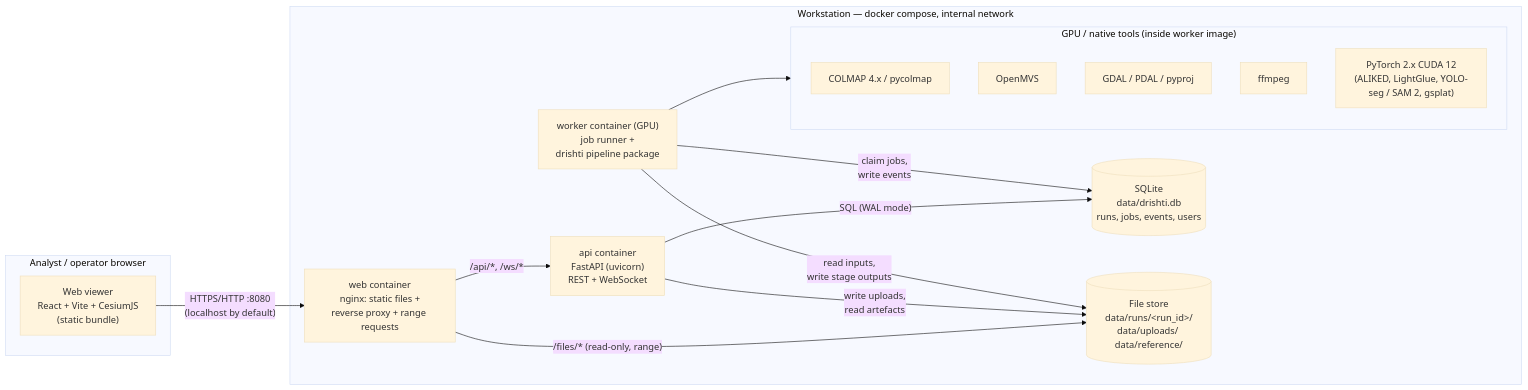
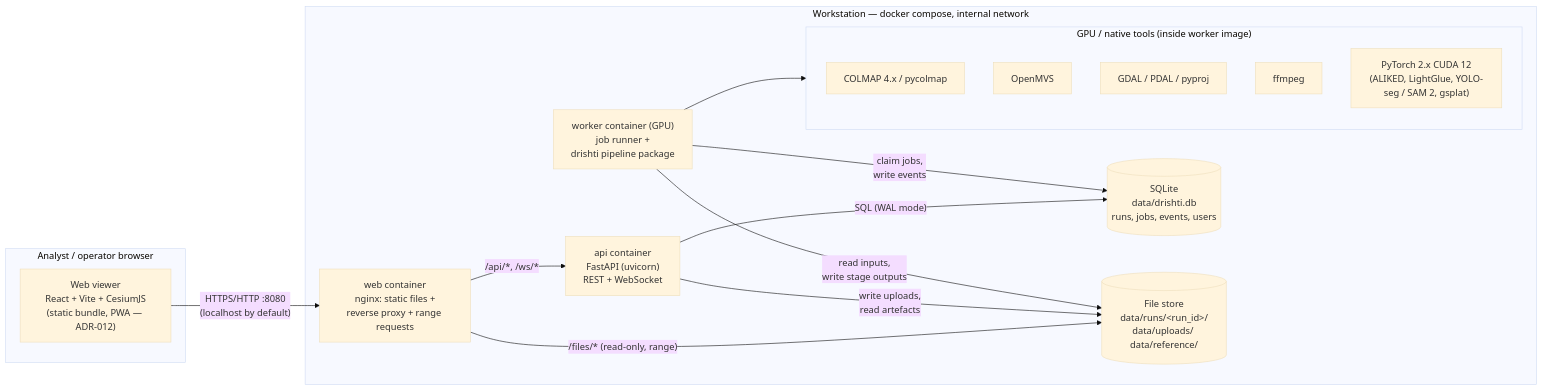
Before and after one commit to vikranthsai310/sih2026-2: the second of 11 diagrams in docs/04-system-architecture.md, drawn with Mermaid (base theme). The commit also changed other lines of this file and 16 other files, not shown here.

````diff
--- a/docs/04-system-architecture.md
+++ b/docs/04-system-architecture.md
@@ -77,30 +77,30 @@
 ```mermaid
 flowchart LR
   subgraph Browser["Analyst / operator browser"]
-    WEB["Web viewer<br/>React + Vite + CesiumJS<br/>(static bundle)"]
+    WEB["Web viewer<br/>React + Vite + CesiumJS<br/>(static bundle, PWA — ADR-012)"]
   end
 
   subgraph Host["Workstation — docker compose, internal network"]
     NGX["web container<br/>nginx: static files +<br/>reverse proxy + range requests"]
     API["api container<br/>FastAPI (uvicorn)<br/>REST + WebSocket"]
     WRK["worker container (GPU)<br/>job runner +<br/>drishti pipeline package"]
     subgraph Tools["GPU / native tools (inside worker image)"]
       COL["COLMAP 4.x / pycolmap"]
       MVS["OpenMVS"]
       GEO["GDAL / PDAL / pyproj"]
       FF["ffmpeg"]
       TOR["PyTorch 2.x CUDA 12<br/>(ALIKED, LightGlue, YOLO-seg / SAM 2, gsplat)"]
     end
     DB[("SQLite<br/>data/drishti.db<br/>runs, jobs, events, users")]
     FS[("File store<br/>data/runs/&lt;run_id&gt;/<br/>data/uploads/ data/reference/")]
   end
 
   WEB -- "HTTPS/HTTP :8080<br/>(localhost by default)" --> NGX
   NGX -- "/api/*, /ws/*" --> API
   NGX -- "/files/* (read-only, range)" --> FS
   API -- "SQL (WAL mode)" --> DB
   API -- "write uploads,<br/>read artefacts" --> FS
   WRK -- "claim jobs,<br/>write events" --> DB
   WRK -- "read inputs,<br/>write stage outputs" --> FS
   WRK --> Tools
 ```
````
